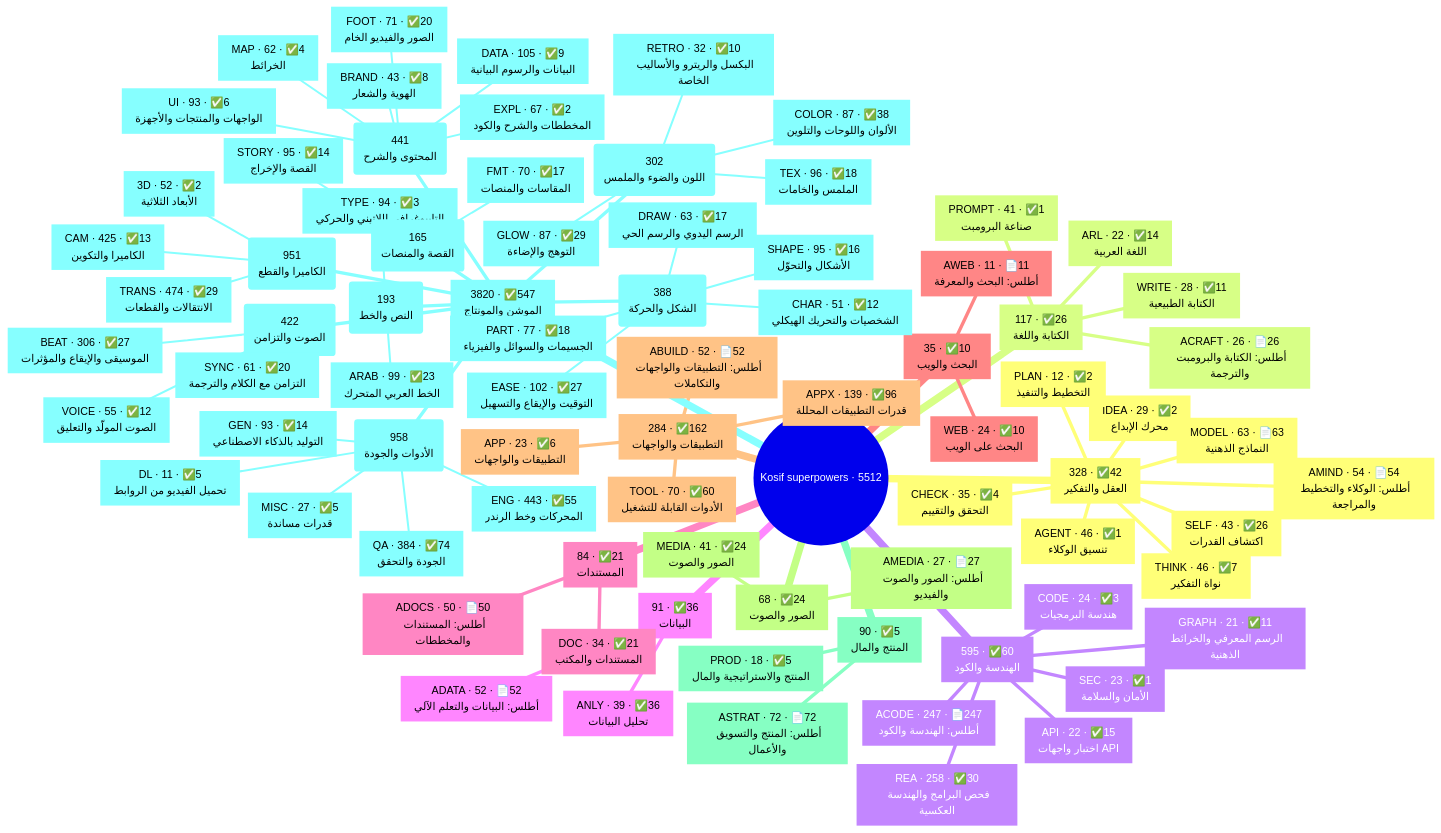
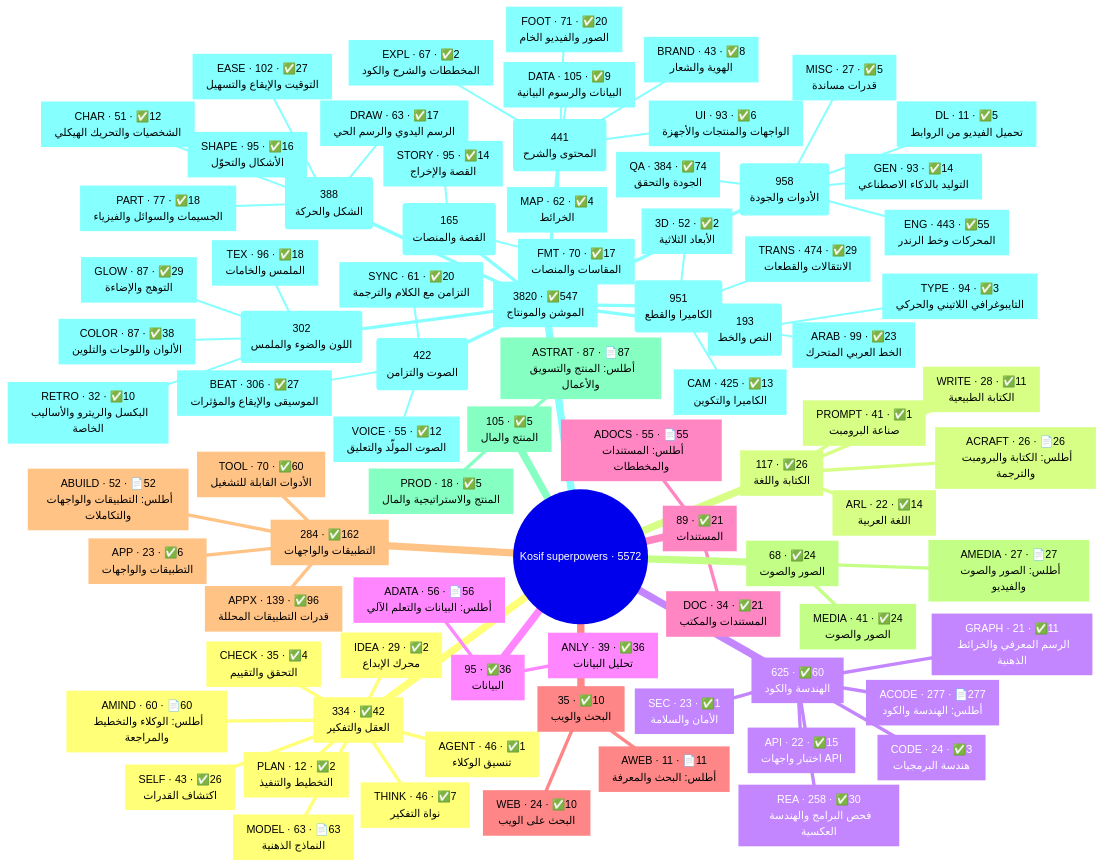
One commit to kosif199022-jpg/kosif-tool changed the first of 2 diagrams in .claude/skills/kosif-superpowers/references/capability-map.md. Above: the diagram before and after it, drawn with Mermaid. The commit also changed other lines of this file and 376 other files, not shown here.

````diff
--- a/.claude/skills/kosif-superpowers/references/capability-map.md
+++ b/.claude/skills/kosif-superpowers/references/capability-map.md
@@ -18,11 +18,11 @@
 ```mermaid
 mindmap
-  root((Kosif superpowers · 5512))
-    n1["`328 · ✅42
+  root((Kosif superpowers · 5572))
+    n1["`334 · ✅42
 العقل والتفكير`"]
       n2["`MODEL · 63 · 📄63
 النماذج الذهنية`"]
-      n3["`AMIND · 54 · 📄54
+      n3["`AMIND · 60 · 📄60
 أطلس: الوكلاء والتخطيط والمراجعة`"]
       n4["`AGENT · 46 · ✅1
 تنسيق الوكلاء`"]
@@ -46,12 +46,12 @@
 أطلس: الكتابة والبرومبت والترجمة`"]
       n14["`ARL · 22 · ✅14
 اللغة العربية`"]
-    n15["`595 · ✅60
+    n15["`625 · ✅60
 الهندسة والكود`"]
-      n16["`REA · 258 · ✅30
+      n16["`ACODE · 277 · 📄277
+أطلس: الهندسة والكود`"]
+      n17["`REA · 258 · ✅30
 فحص البرامج والهندسة العكسية`"]
-      n17["`ACODE · 247 · 📄247
-أطلس: الهندسة والكود`"]
       n18["`CODE · 24 · ✅3
 هندسة البرمجيات`"]
       n19["`SEC · 23 · ✅1
@@ -60,15 +60,15 @@
 اختبار واجهات API`"]
       n21["`GRAPH · 21 · ✅11
 الرسم المعرفي والخرائط الذهنية`"]
-    n22["`91 · ✅36
+    n22["`95 · ✅36
 البيانات`"]
-      n23["`ADATA · 52 · 📄52
+      n23["`ADATA · 56 · 📄56
 أطلس: البيانات والتعلم الآلي`"]
       n24["`ANLY · 39 · ✅36
 تحليل البيانات`"]
-    n25["`84 · ✅21
+    n25["`89 · ✅21
 المستندات`"]
-      n26["`ADOCS · 50 · 📄50
+      n26["`ADOCS · 55 · 📄55
 أطلس: المستندات والمخططات`"]
       n27["`DOC · 34 · ✅21
 المستندات والمكتب`"]
@@ -94,9 +94,9 @@
 الصور والصوت`"]
       n38["`AMEDIA · 27 · 📄27
 أطلس: الصور والصوت والفيديو`"]
-    n39["`90 · ✅5
+    n39["`105 · ✅5
 المنتج والمال`"]
-      n40["`ASTRAT · 72 · 📄72
+      n40["`ASTRAT · 87 · 📄87
 أطلس: المنتج والتسويق والأعمال`"]
       n41["`PROD · 18 · ✅5
 المنتج والاستراتيجية والمال`"]
````
